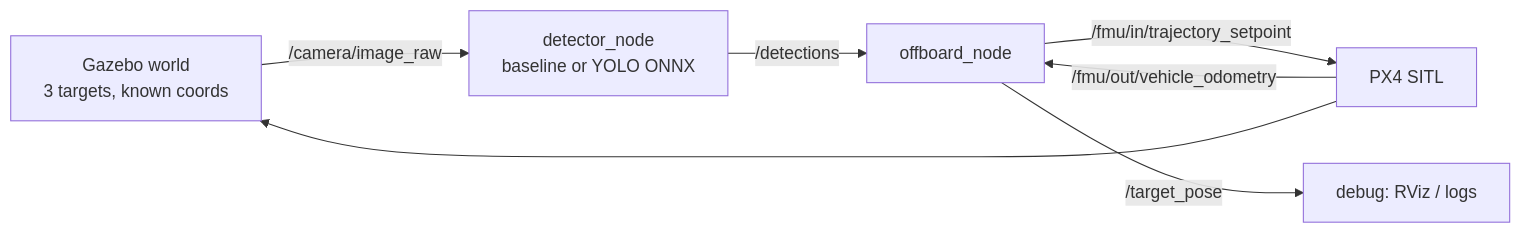
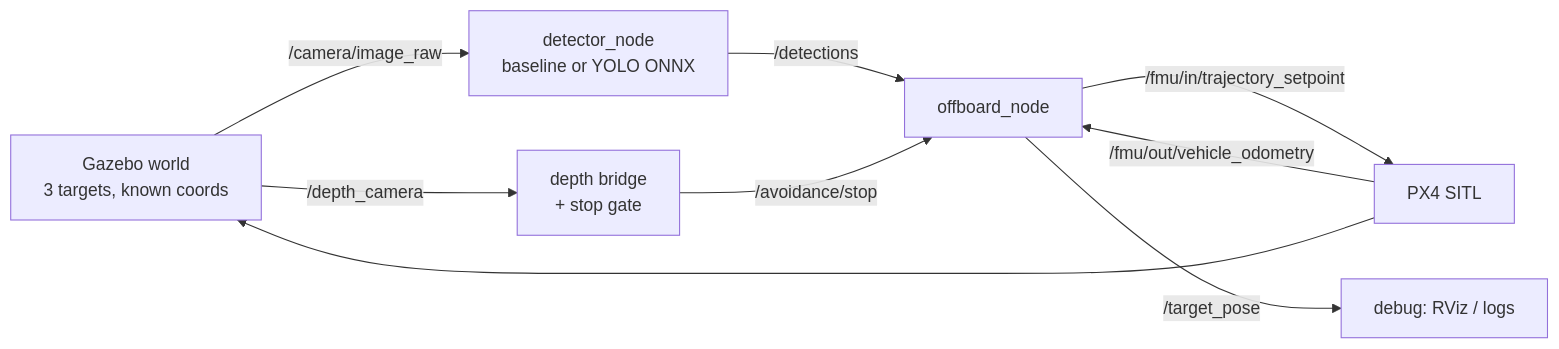
The first of 2 diagrams in docs/architecture.md (wuuu854-boop/uav-yolo-offboard-tracking), drawn with Mermaid before and after one commit. The commit also changed other lines of this file and 44 other files, not shown here.

First line of the commit message:
feat(avoidance): stop before a wall with a forward depth camera

````diff
--- a/docs/architecture.md
+++ b/docs/architecture.md
@@ -5,9 +5,10 @@
 ```mermaid
 flowchart LR
   G[Gazebo world<br/>3 targets, known coords] -->|/camera/image_raw| D[detector_node<br/>baseline or YOLO ONNX]
   D -->|/detections| C[offboard_node]
   C -->|/fmu/in/trajectory_setpoint| X[PX4 SITL]
   X -->|/fmu/out/vehicle_odometry| C
   X --> G
   C -->|/target_pose| R[debug: RViz / logs]
+  G -->|/depth_camera| Z[depth bridge<br/>+ stop gate] -->|/avoidance/stop| C
 ```
````
